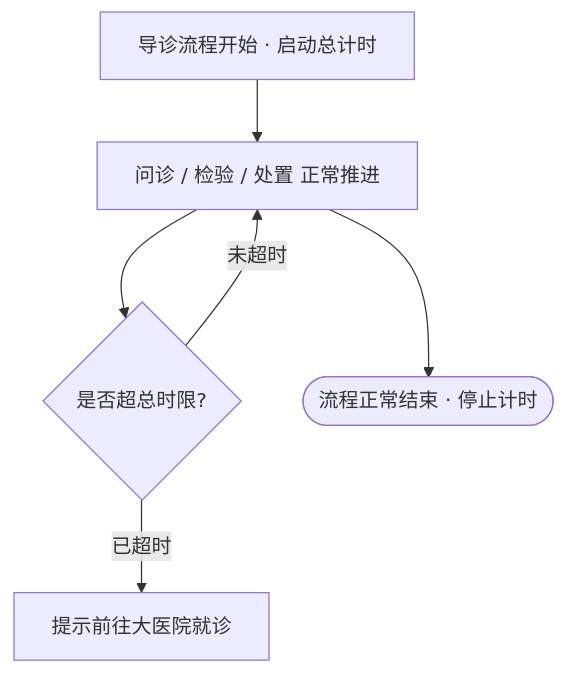
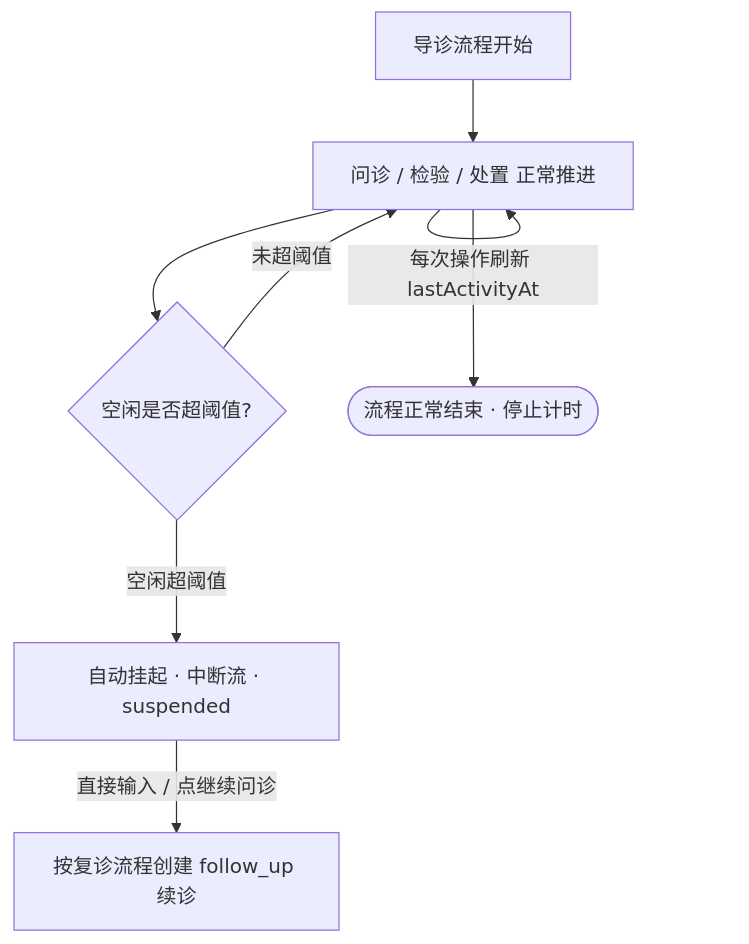
Before and after one commit to neu-software-practice/neuhis-agent-front: the third of 8 diagrams in agent-workspace/interaction-flow.md, drawn with Mermaid. The commit also changed other lines of this file and 39 other files, not shown here.

````diff
--- a/agent-workspace/interaction-flow.md
+++ b/agent-workspace/interaction-flow.md
@@ -63,8 +65,10 @@
 ```mermaid
 flowchart TD
-    T0[导诊流程开始 · 启动总计时] --> RUN[问诊 / 检验 / 处置 正常推进]
-    RUN --> CHK{是否超总时限?}
-    CHK -->|未超时| RUN
-    CHK -->|已超时| TIP[提示前往大医院就诊]
+    T0[导诊流程开始] --> RUN[问诊 / 检验 / 处置 正常推进]
+    RUN -->|每次操作刷新 lastActivityAt| RUN
+    RUN --> CHK{空闲是否超阈值?}
+    CHK -->|未超阈值| RUN
+    CHK -->|空闲超阈值| SUS[自动挂起 · 中断流 · suspended]
+    SUS -->|直接输入 / 点继续问诊| FU[按复诊流程创建 follow_up 续诊]
     RUN --> DONE([流程正常结束 · 停止计时])
 ```
````
